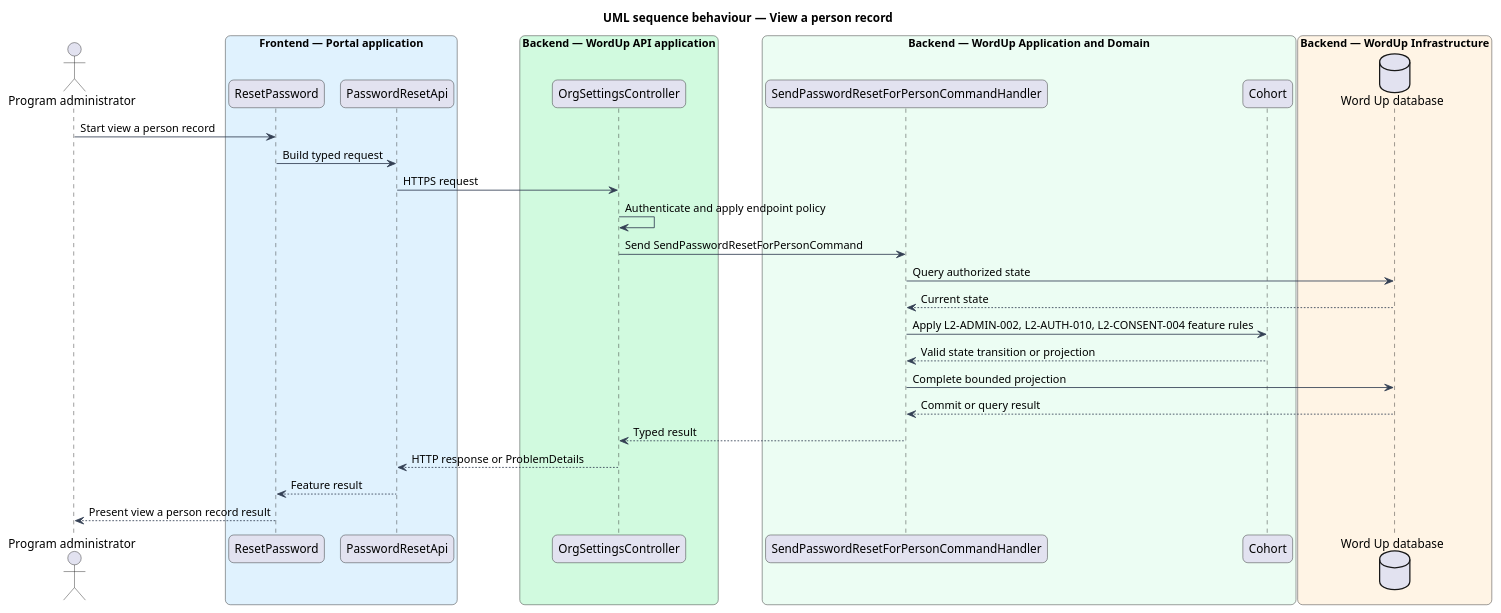
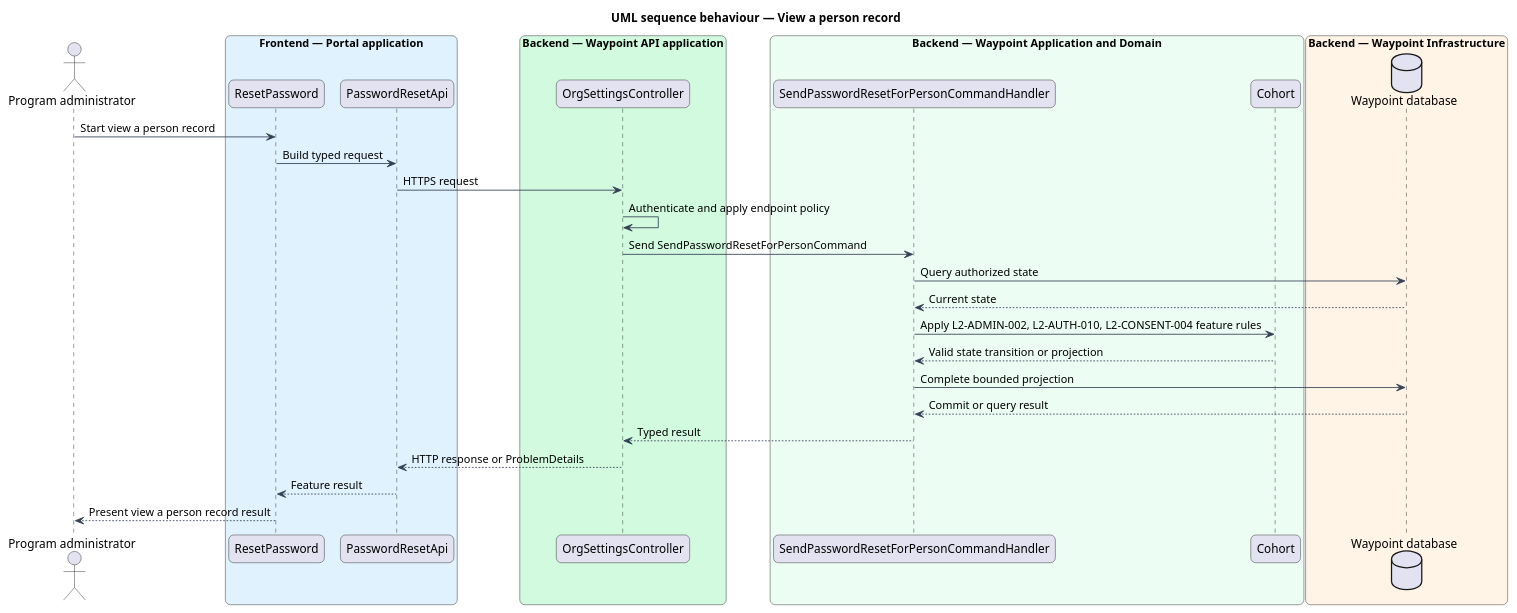
One commit to QuinntyneBrown/waypoint changed the diagram in docs/detailed-designs/program-administration/view-person-record/diagrams/sequence-behaviour.puml. Above: the diagram before and after it, drawn with PlantUML. The commit also changed 3610 other files, not shown here.

First line of the commit message:
Rename Word Up to Waypoint across the whole repository

```diff
--- a/docs/detailed-designs/program-administration/view-person-record/diagrams/sequence-behaviour.puml
+++ b/docs/detailed-designs/program-administration/view-person-record/diagrams/sequence-behaviour.puml
@@ -1,48 +1,48 @@
 @startuml
 
 title UML sequence behaviour — View a person record
 skinparam backgroundColor #FFFFFF
 skinparam shadowing false
 skinparam roundcorner 12
 skinparam defaultFontName Arial
 skinparam ArrowColor #344054
 skinparam rectangle {
   BorderColor #344054
   FontColor #101828
 }
 skinparam package {
   BorderColor #667085
   FontColor #101828
   BackgroundColor #F9FAFB
 }
 actor "Program administrator" as actor
 box "Frontend — Portal application" #E0F2FE
   participant "ResetPassword" as page
   participant "PasswordResetApi" as client
 end box
-box "Backend — WordUp API application" #D1FADF
+box "Backend — Waypoint API application" #D1FADF
   participant "OrgSettingsController" as controller
 end box
-box "Backend — WordUp Application and Domain" #ECFDF3
+box "Backend — Waypoint Application and Domain" #ECFDF3
   participant "SendPasswordResetForPersonCommandHandler" as handler
   participant "Cohort" as entity
 end box
-box "Backend — WordUp Infrastructure" #FFF4E5
-  database "Word Up database" as db
+box "Backend — Waypoint Infrastructure" #FFF4E5
+  database "Waypoint database" as db
 end box
 actor -> page : Start view a person record
 page -> client : Build typed request
 client -> controller : HTTPS request
 controller -> controller : Authenticate and apply endpoint policy
 controller -> handler : Send SendPasswordResetForPersonCommand
 handler -> db : Query authorized state
 db --> handler : Current state
 handler -> entity : Apply L2-ADMIN-002, L2-AUTH-010, L2-CONSENT-004 feature rules
 entity --> handler : Valid state transition or projection
 handler -> db : Complete bounded projection
 db --> handler : Commit or query result
 handler --> controller : Typed result
 controller --> client : HTTP response or ProblemDetails
 client --> page : Feature result
 page --> actor : Present view a person record result
 @enduml
```
